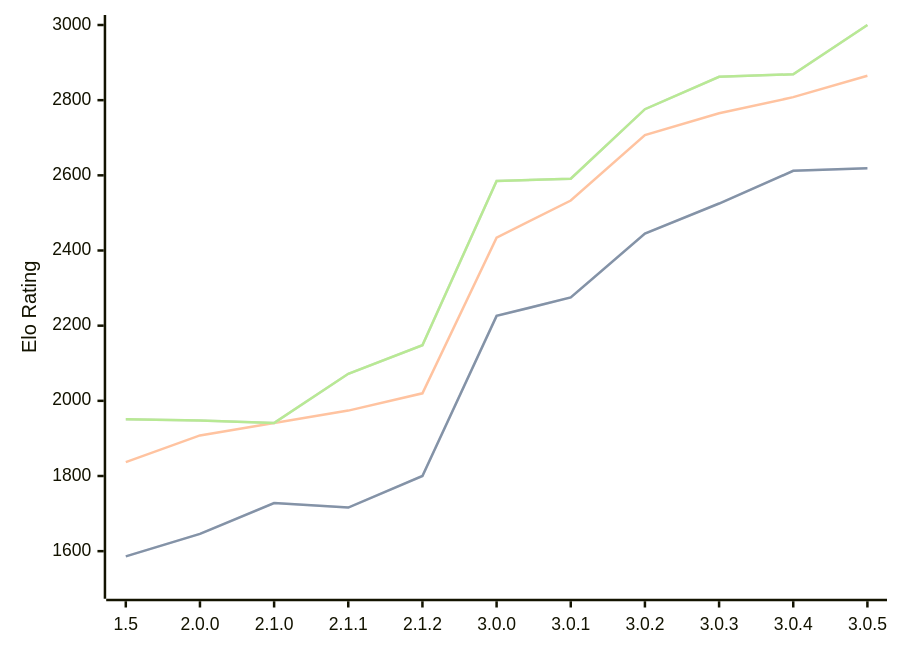
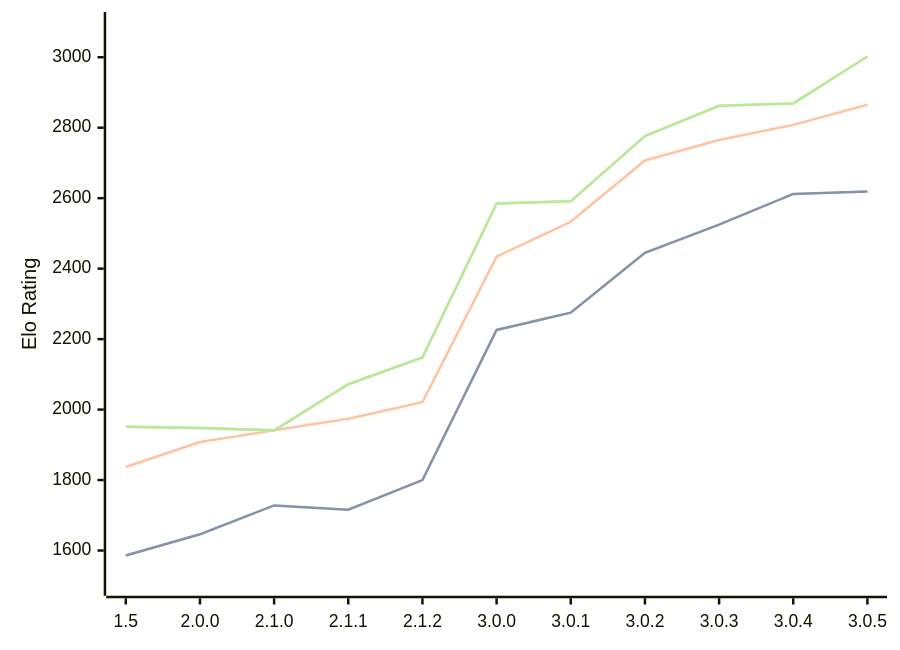
One commit to computer-chess-index/cci changed the diagram in engines/Rudim.md. Above: the diagram before and after it, drawn with Mermaid. The commit also changed other lines of this file, not shown here.

Commit message:
Update CCI Ratings (ELO VLTC) - 2026-07-30

````diff
--- a/engines/Rudim.md
+++ b/engines/Rudim.md
@@ -50,11 +50,11 @@
 ```mermaid
 %%{init: {"theme":"base","themeVariables":{"seriesColors:['#a3a3a3','#222221','#faa371']}}}%%
 xychart-beta
   x-axis ["1.5", "2.0.0", "2.1.0", "2.1.1", "2.1.2", "3.0.0", "3.0.1", "3.0.2", "3.0.3", "3.0.4", "3.0.5"]
-  y-axis "Elo Rating" 1500 --> 3000
+  y-axis "Elo Rating" 1500 --> 3100
   line "STC (8.0+0.08s)" [1586, 1646, 1728, 1716, 1800, 2226, 2275, 2445, 2525, 2612, 2619]
   line "STC (8.0+0.08s)" [1586, 1646, 1728, 1716, 1800, 2226, 2275, 2445, 2525, 2612, 2619]
-  line "LTC (60.0+0.60s)" [1837, 1908, 1941, 1974, 2020, 2434, 2533, 2707, 2765, 2808, 2865]
-  line "VLTC (2m24s+1.12s)" [1951, 1948, 1941, 2072, 2148, 2585, 2591, 2776, 2862, 2869, 3000]
-  line "VLTC (2m24s+1.12s)" [1951, 1948, 1941, 2072, 2148, 2585, 2591, 2776, 2862, 2869, 3000]
+  line "LTC (60.0+0.60s)" [1837, 1908, 1941, 1974, 2021, 2434, 2533, 2707, 2765, 2808, 2865]
+  line "VLTC (2m24s+1.12s)" [1951, 1948, 1941, 2072, 2148, 2585, 2591, 2776, 2862, 2869, 3002]
+  line "VLTC (2m24s+1.12s)" [1951, 1948, 1941, 2072, 2148, 2585, 2591, 2776, 2862, 2869, 3002]
 ```
````
